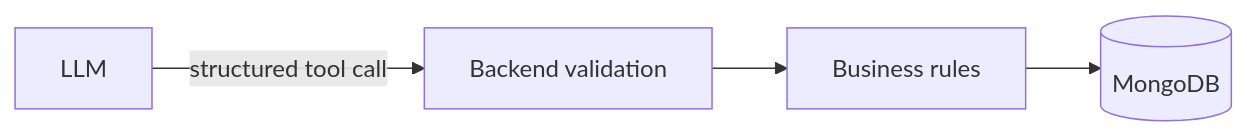
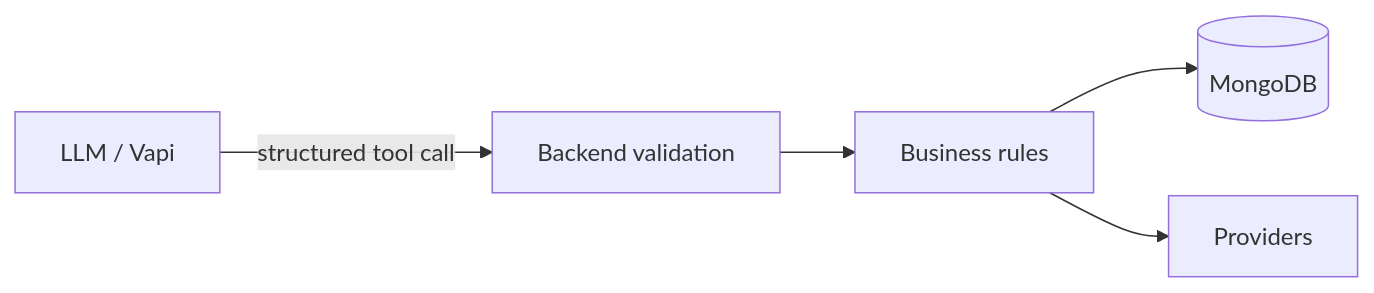
The fourth of 4 diagrams in README.MD (raghvendrapratap1/AI_Help_Desk), drawn with Mermaid before and after one commit. The commit also changed other lines of this file, not shown here.

````diff
--- a/README.MD
+++ b/README.MD
@@ -140,6 +292,7 @@
 ```mermaid
 flowchart LR
-    LLM[LLM] -->|structured tool call| BE[Backend validation]
+    LLM[LLM / Vapi] -->|structured tool call| BE[Backend validation]
     BE --> BL[Business rules]
     BL --> DB[(MongoDB)]
+    BL --> EXT[Providers]
 ```
````
